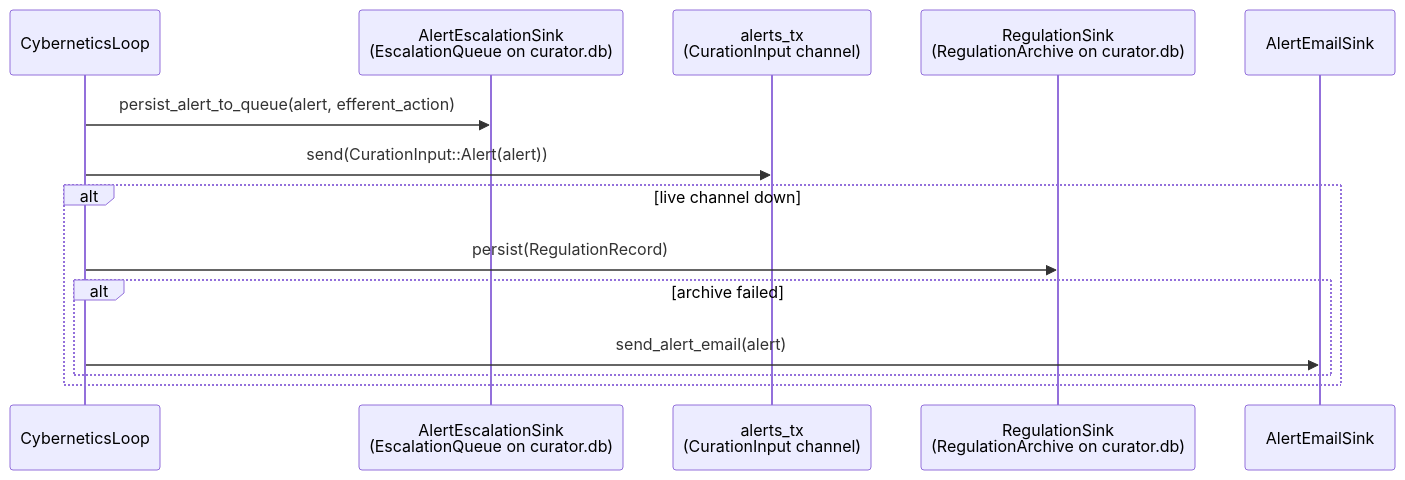
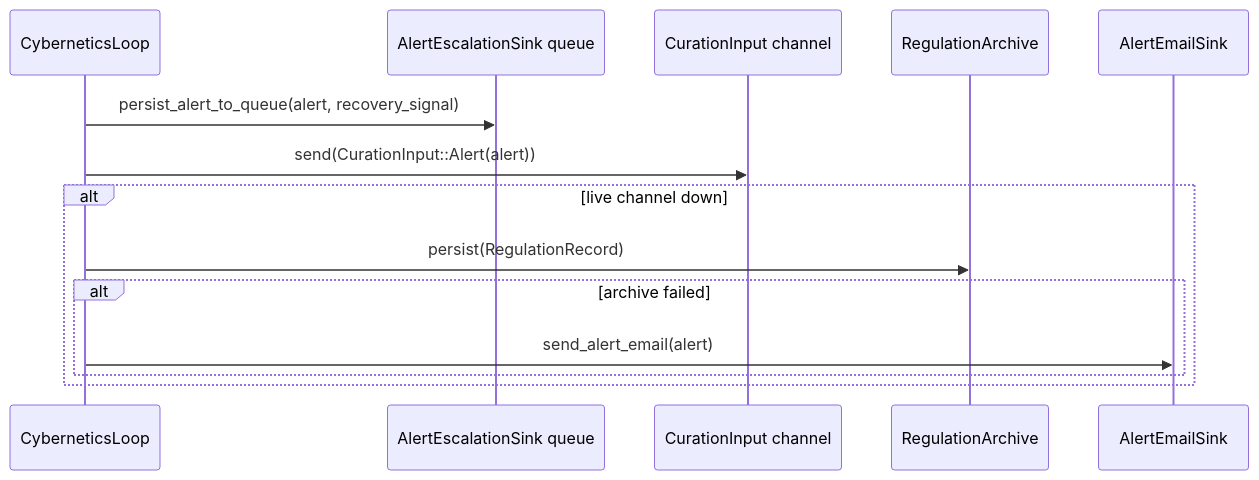
One commit to mdz-axo/zed-kask changed the second of 2 diagrams in kask/docs/diataxis/hkask-regulation/explanation.md. Above: the diagram before and after it, drawn with Mermaid. The commit also changed other lines of this file and 30 other files, not shown here.

````diff
--- a/kask/docs/diataxis/hkask-regulation/explanation.md
+++ b/kask/docs/diataxis/hkask-regulation/explanation.md
@@ -142,16 +142,16 @@
 ```mermaid
 sequenceDiagram
     participant CL as CyberneticsLoop
-    participant EQ as AlertEscalationSink<br/>(EscalationQueue on curator.db)
-    participant TX as alerts_tx<br/>(CurationInput channel)
-    participant AR as RegulationSink<br/>(RegulationArchive on curator.db)
+    participant EQ as AlertEscalationSink queue
+    participant TX as CurationInput channel
+    participant AR as RegulationArchive
     participant EM as AlertEmailSink
-    CL->>EQ: persist_alert_to_queue(alert, efferent_action)
+    CL->>EQ: persist_alert_to_queue(alert, recovery_signal)
     CL->>TX: send(CurationInput::Alert(alert))
     alt live channel down
         CL->>AR: persist(RegulationRecord)
         alt archive failed
             CL->>EM: send_alert_email(alert)
         end
     end
 ```
````
